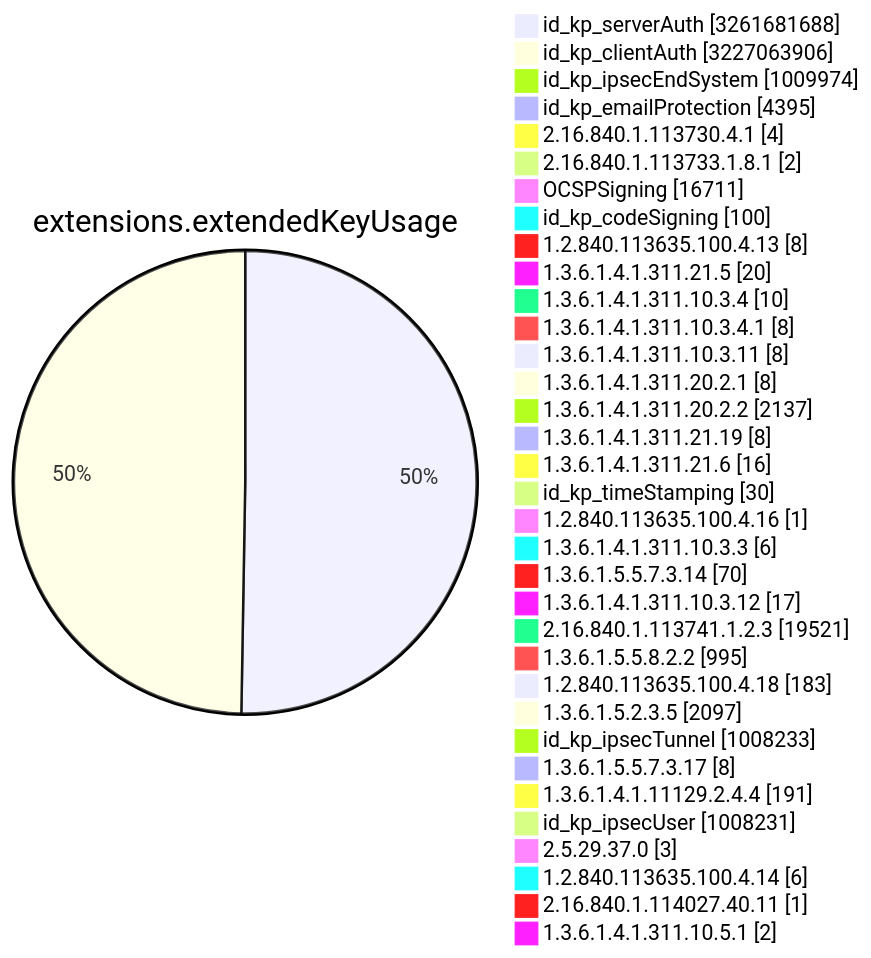
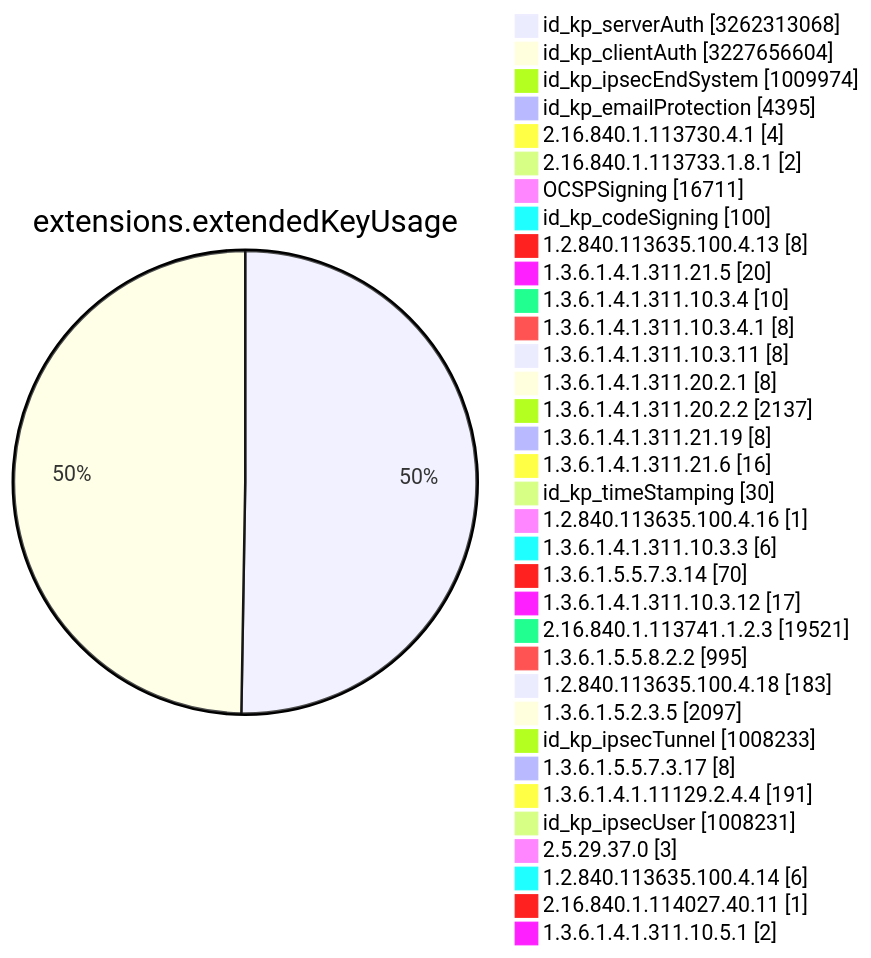
Before and after one commit to christiankrug/ctmonitor_visualization: diagram 11 of 15 in TOTAL/README.md, drawn with Mermaid. The commit also changed other lines of this file, not shown here.

````diff
--- a/TOTAL/README.md
+++ b/TOTAL/README.md
@@ -4119,38 +4119,38 @@
 ```mermaid
 pie showData
 title extensions.extendedKeyUsage
-"id_kp_serverAuth" :3261681688
-"id_kp_clientAuth" :3227063906
+"id_kp_serverAuth" :3262313068
+"id_kp_clientAuth" :3227656604
 "id_kp_ipsecEndSystem" :1009974
 "id_kp_emailProtection" :4395
 "2.16.840.1.113730.4.1" :4
 "2.16.840.1.113733.1.8.1" :2
 "OCSPSigning" :16711
 "id_kp_codeSigning" :100
 "1.2.840.113635.100.4.13" :8
 "1.3.6.1.4.1.311.21.5" :20
 "1.3.6.1.4.1.311.10.3.4" :10
 "1.3.6.1.4.1.311.10.3.4.1" :8
 "1.3.6.1.4.1.311.10.3.11" :8
 "1.3.6.1.4.1.311.20.2.1" :8
 "1.3.6.1.4.1.311.20.2.2" :2137
 "1.3.6.1.4.1.311.21.19" :8
 "1.3.6.1.4.1.311.21.6" :16
 "id_kp_timeStamping" :30
 "1.2.840.113635.100.4.16" :1
 "1.3.6.1.4.1.311.10.3.3" :6
 "1.3.6.1.5.5.7.3.14" :70
 "1.3.6.1.4.1.311.10.3.12" :17
 "2.16.840.1.113741.1.2.3" :19521
 "1.3.6.1.5.5.8.2.2" :995
 "1.2.840.113635.100.4.18" :183
 "1.3.6.1.5.2.3.5" :2097
 "id_kp_ipsecTunnel" :1008233
 "1.3.6.1.5.5.7.3.17" :8
 "1.3.6.1.4.1.11129.2.4.4" :191
 "id_kp_ipsecUser" :1008231
 "2.5.29.37.0" :3
 "1.2.840.113635.100.4.14" :6
 "2.16.840.1.114027.40.11" :1
 "1.3.6.1.4.1.311.10.5.1" :2
 ```
````
